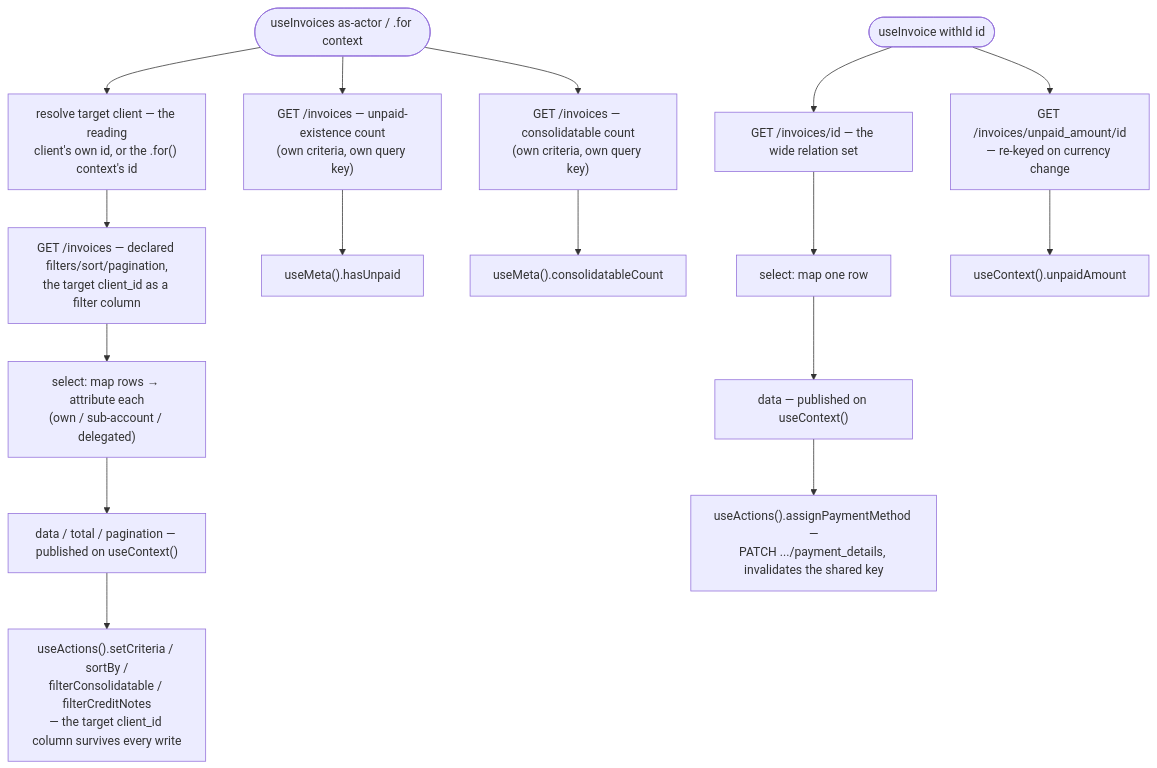
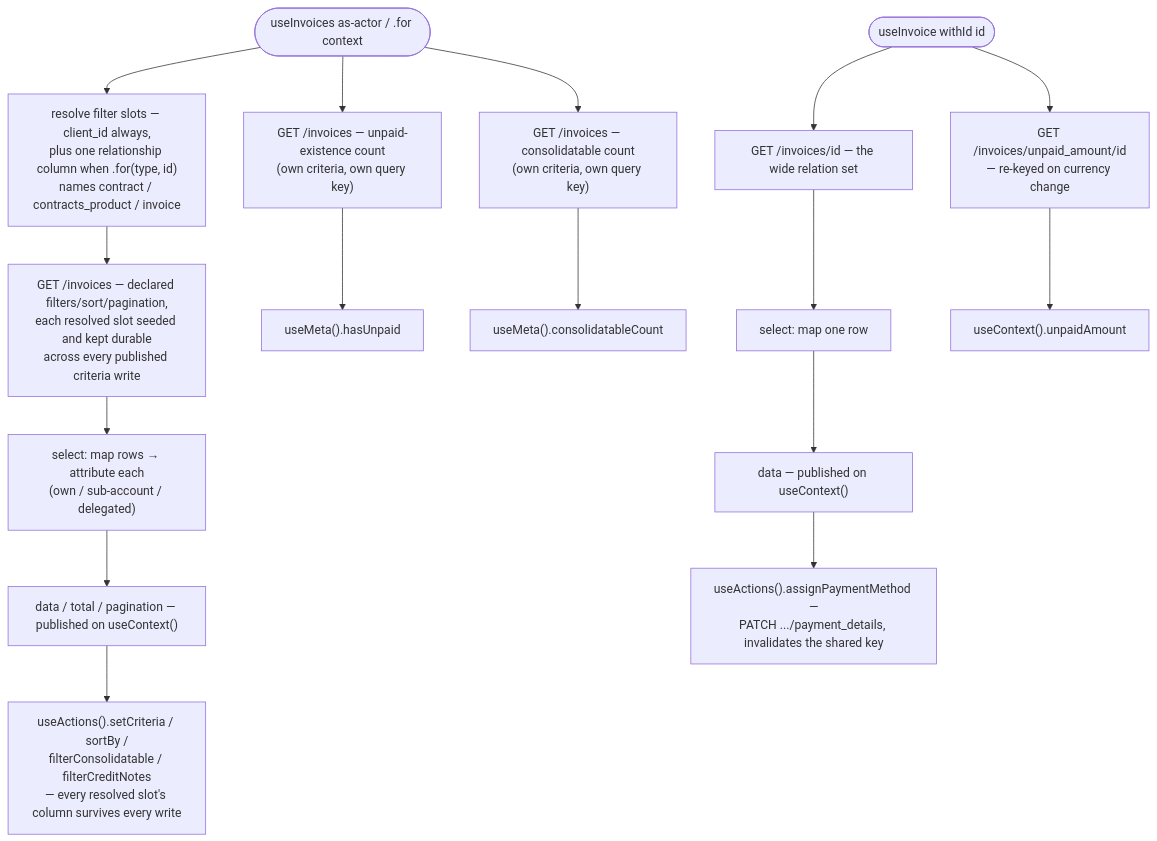
One commit to upmind/upmind-ui changed the diagram in packages/headless/src/modules/invoices/docs/architecture.md. Above: the diagram before and after it, drawn with Mermaid. The commit also changed other lines of this file and 6 other files, not shown here.

````diff
--- a/packages/headless/src/modules/invoices/docs/architecture.md
+++ b/packages/headless/src/modules/invoices/docs/architecture.md
@@ -11,20 +11,20 @@
 ```mermaid
 flowchart TD
-    A([useInvoices as-actor / .for context]) --> B["resolve target client — the reading<br/>client's own id, or the .for() context's id"]
-    B --> C["GET /invoices — declared filters/sort/pagination,<br/>the target client_id as a filter column"]
+    A([useInvoices as-actor / .for context]) --> B["resolve filter slots — client_id always,<br/>plus one relationship column when .for(type, id)<br/>names contract / contracts_product / invoice"]
+    B --> C["GET /invoices — declared filters/sort/pagination,<br/>each resolved slot seeded and kept durable<br/>across every published criteria write"]
     C --> D["select: map rows → attribute each<br/>(own / sub-account / delegated)"]
     D --> E["data / total / pagination — published on useContext()"]
     A --> F["GET /invoices — unpaid-existence count<br/>(own criteria, own query key)"]
     A --> G["GET /invoices — consolidatable count<br/>(own criteria, own query key)"]
     F --> H["useMeta().hasUnpaid"]
     G --> I["useMeta().consolidatableCount"]
 
     J([useInvoice withId id]) --> K["GET /invoices/id — the wide relation set"]
     K --> L["select: map one row"]
     L --> M["data — published on useContext()"]
     J --> N["GET /invoices/unpaid_amount/id<br/>— re-keyed on currency change"]
     N --> O["useContext().unpaidAmount"]
 
-    E --> P["useActions().setCriteria / sortBy /<br/>filterConsolidatable / filterCreditNotes<br/>— the target client_id column survives every write"]
+    E --> P["useActions().setCriteria / sortBy /<br/>filterConsolidatable / filterCreditNotes<br/>— every resolved slot's column survives every write"]
     M --> Q["useActions().assignPaymentMethod —<br/>PATCH .../payment_details, invalidates the shared key"]
 ```
````
